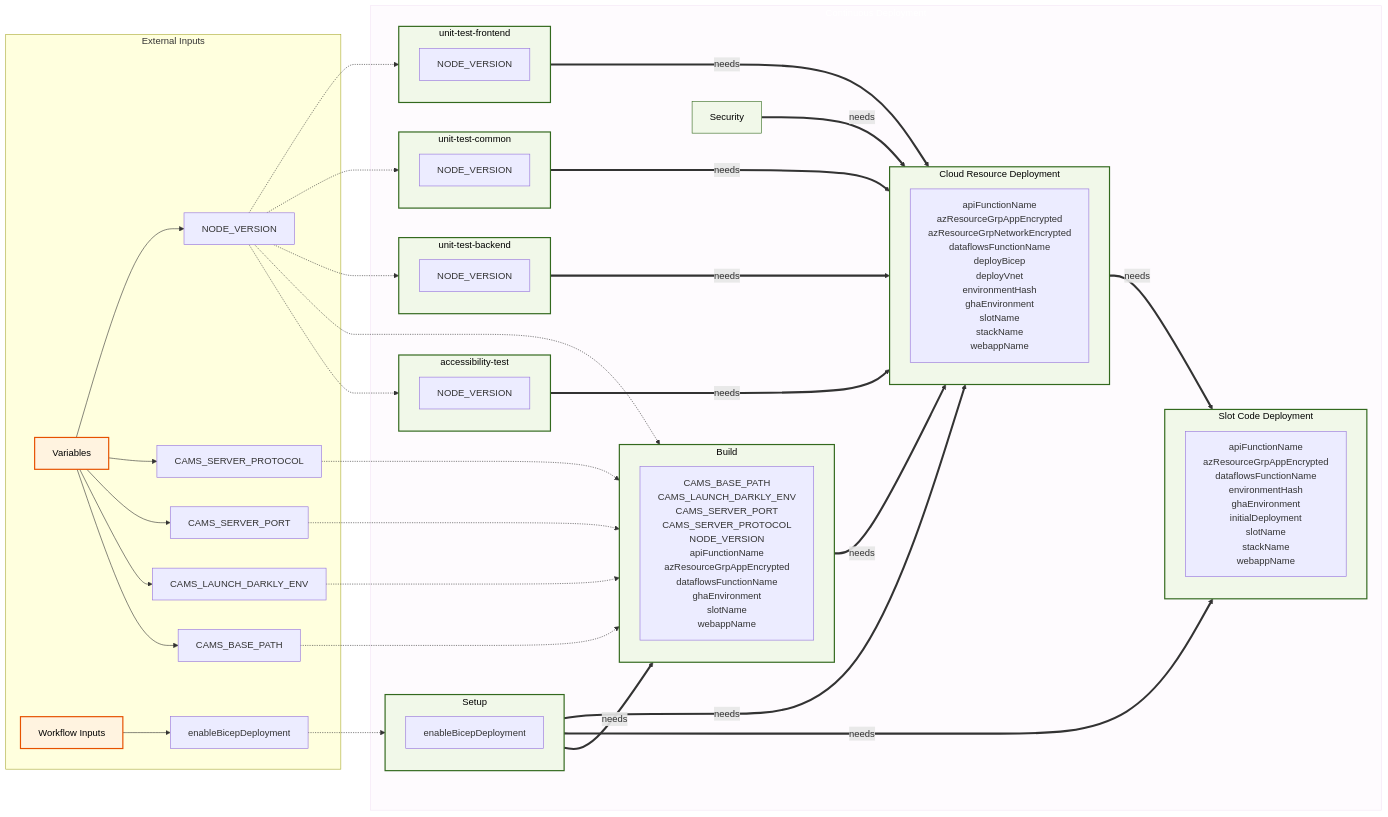
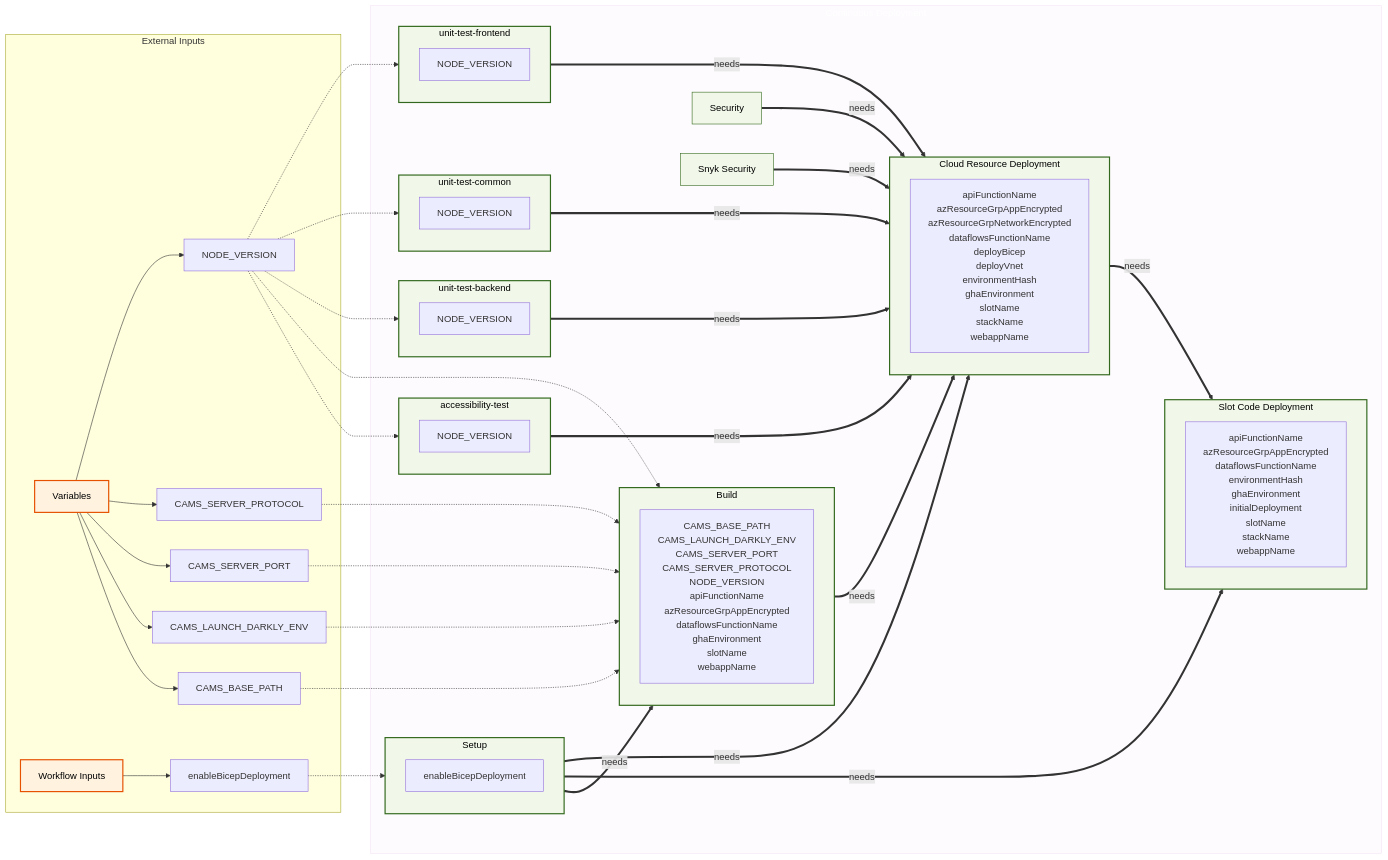
One commit to US-Trustee-Program/Bankruptcy-Oversight-Support-Systems changed the seventh of 22 diagrams in docs/operations/workflow-diagram.md. Above: the diagram before and after it, drawn with Mermaid. The commit also changed other lines of this file and 2 other files, not shown here.

First line of the commit message:
Add Snyk SCA and SAST scans to CD pipeline

```diff
--- a/docs/operations/workflow-diagram.md
+++ b/docs/operations/workflow-diagram.md
@@ -321,6 +333,7 @@
             unit_test_common_vars["NODE_VERSION"]
         end
         security_scan["Security"]
+        snyk_security_scan["Snyk Security"]
         subgraph build_subgraph["Build"]
             build_vars["CAMS_BASE_PATH<br/>CAMS_LAUNCH_DARKLY_ENV<br/>CAMS_SERVER_PORT<br/>CAMS_SERVER_PROTOCOL<br/>NODE_VERSION<br/>apiFunctionName<br/>azResourceGrpAppEncrypted<br/>dataflowsFunctionName<br/>ghaEnvironment<br/>slotName<br/>webappName"]
         end
@@ -355,6 +368,7 @@
     setup_subgraph ==>|"needs"| build_subgraph
     setup_subgraph ==>|"needs"| deploy_code_slot_subgraph
     setup_subgraph ==>|"needs"| deploy_subgraph
+    snyk_security_scan ==>|"needs"| deploy_subgraph
     unit_test_backend_subgraph ==>|"needs"| deploy_subgraph
     unit_test_common_subgraph ==>|"needs"| deploy_subgraph
     unit_test_frontend_subgraph ==>|"needs"| deploy_subgraph
@@ -372,6 +386,7 @@
     class deploy_code_slot_subgraph jobSubgraph
     class security_scan job
     class setup_subgraph jobSubgraph
+    class snyk_security_scan job
     class unit_test_backend_subgraph jobSubgraph
     class unit_test_common_subgraph jobSubgraph
     class unit_test_frontend_subgraph jobSubgraph
```
